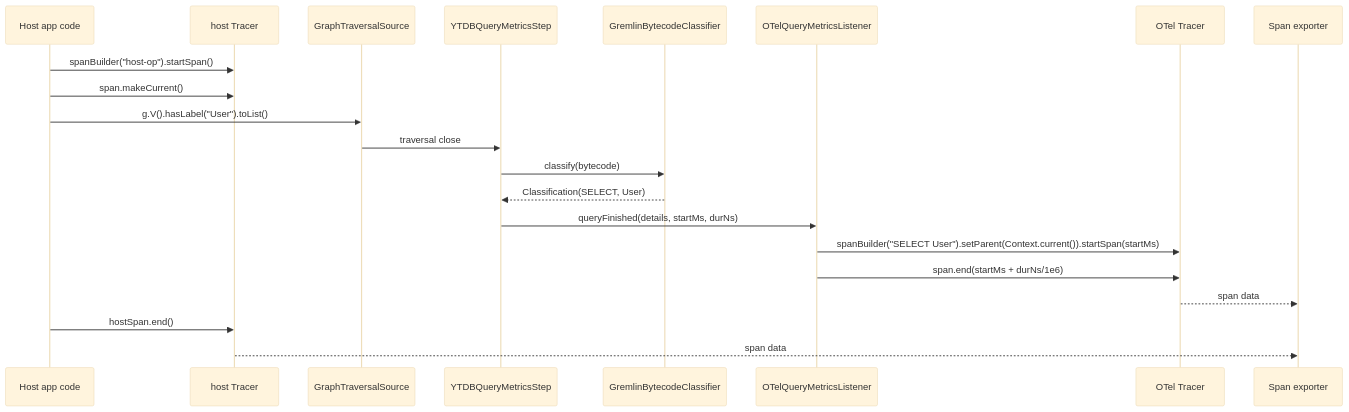
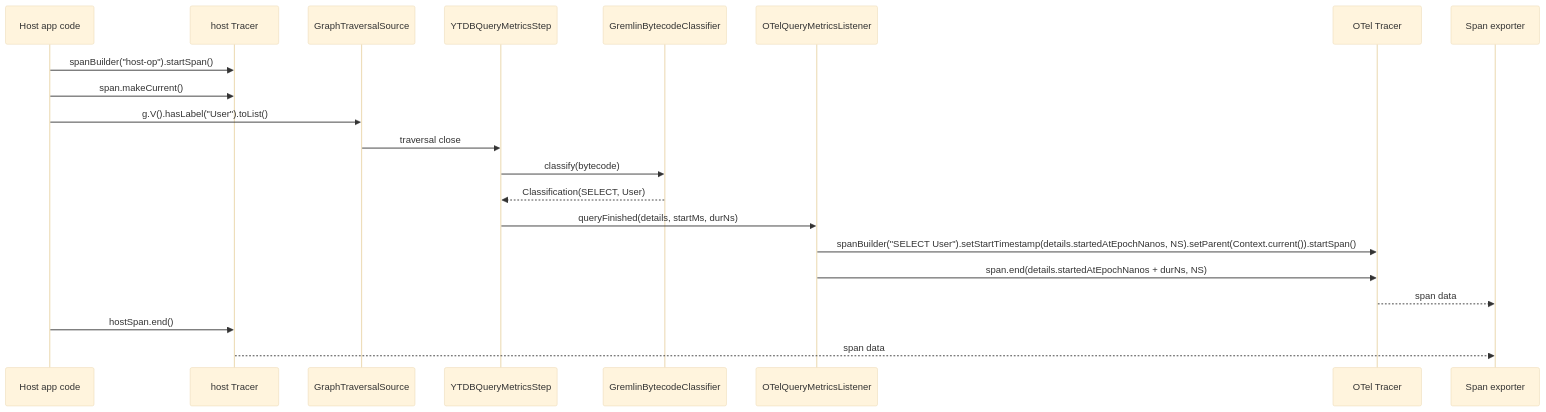
One commit to JetBrains/youtrackdb changed the second of 4 diagrams in docs/adr/ytdb-496-opentelemetry-support/_workflow/design.md. Above: the diagram before and after it, drawn with Mermaid (base theme). The commit also changed other lines of this file and 1 other file, not shown here.

Commit message:
Mutation 33 ytdb-496: span emission in NANOSECONDS, preserves sub-ms duration under EXACT

````diff
--- a/docs/adr/ytdb-496-opentelemetry-support/_workflow/design.md
+++ b/docs/adr/ytdb-496-opentelemetry-support/_workflow/design.md
@@ -226,24 +228,24 @@
 ```mermaid
 sequenceDiagram
     participant Host as Host app code
     participant TS as host Tracer
     participant G as GraphTraversalSource
     participant Step as YTDBQueryMetricsStep
     participant CLS as GremlinBytecodeClassifier
     participant OQL as OTelQueryMetricsListener
     participant TR as OTel Tracer
     participant EXP as Span exporter
 
     Host->>TS: spanBuilder("host-op").startSpan()
     Host->>TS: span.makeCurrent()
     Host->>G: g.V().hasLabel("User").toList()
     G->>Step: traversal close
     Step->>CLS: classify(bytecode)
     CLS-->>Step: Classification(SELECT, User)
     Step->>OQL: queryFinished(details, startMs, durNs)
-    OQL->>TR: spanBuilder("SELECT User").setParent(Context.current()).startSpan(startMs)
-    OQL->>TR: span.end(startMs + durNs/1e6)
+    OQL->>TR: spanBuilder("SELECT User").setStartTimestamp(details.startedAtEpochNanos, NS).setParent(Context.current()).startSpan()
+    OQL->>TR: span.end(details.startedAtEpochNanos + durNs, NS)
     TR-->>EXP: span data
     Host->>TS: hostSpan.end()
     TS-->>EXP: span data
 ```
````
